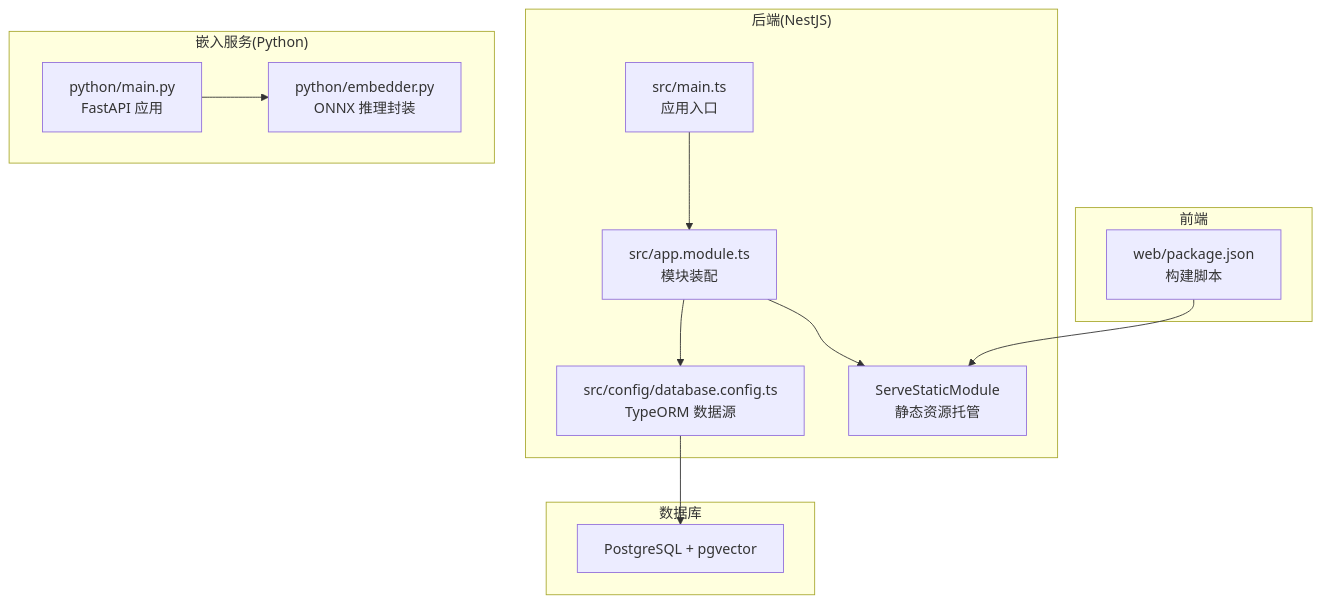
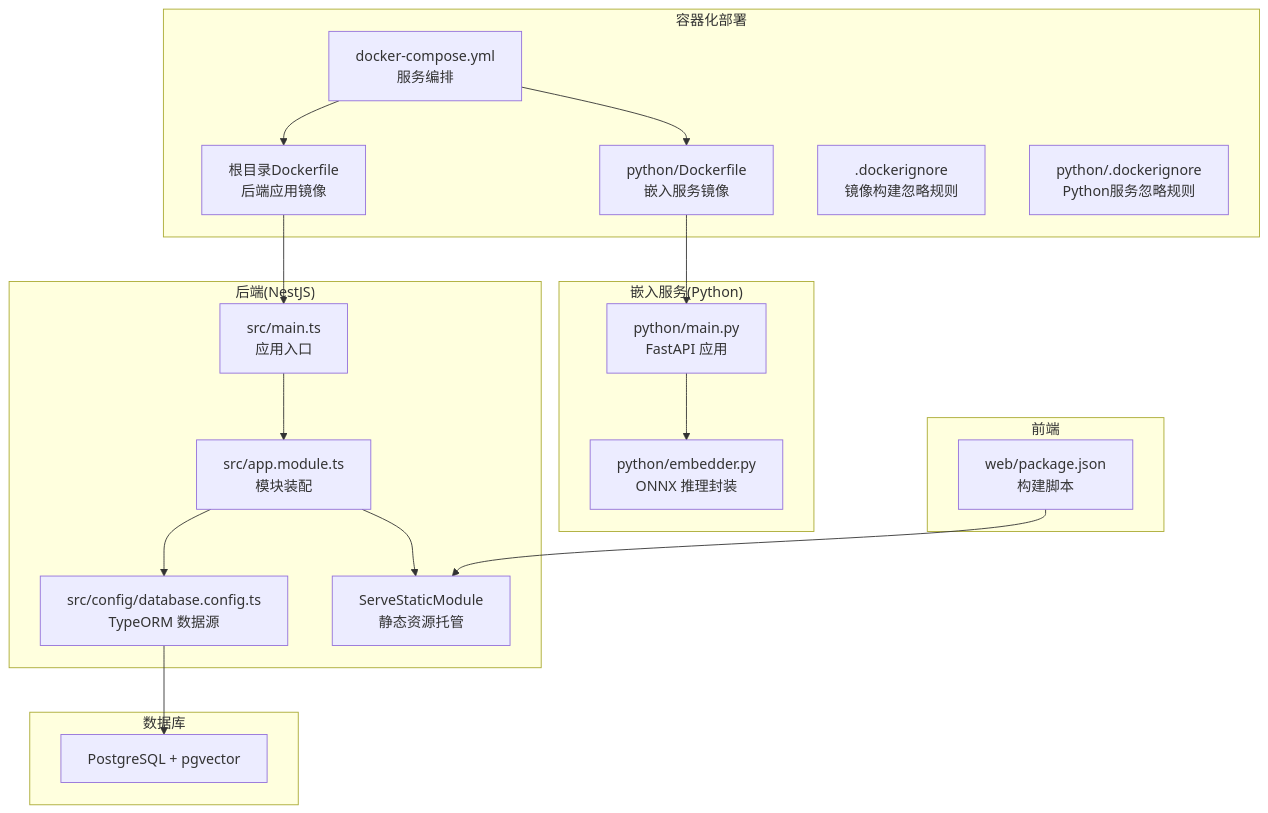
One commit to L1mingyoung/ex changed the first of 7 diagrams in .qoder/repowiki/zh/content/部署与运维/部署与运维.md. Above: the diagram before and after it, drawn with Mermaid. The commit also changed other lines of this file and 16 other files, not shown here.

````diff
--- a/.qoder/repowiki/zh/content/部署与运维/部署与运维.md
+++ b/.qoder/repowiki/zh/content/部署与运维/部署与运维.md
@@ -48,25 +56,36 @@
 ```mermaid
 graph TB
+subgraph "容器化部署"
+Dockerfile["根目录Dockerfile<br/>后端应用镜像"]
+PyDockerfile["python/Dockerfile<br/>嵌入服务镜像"]
+Compose["docker-compose.yml<br/>服务编排"]
+Dockerignore[".dockerignore<br/>镜像构建忽略规则"]
+PyDockerignore["python/.dockerignore<br/>Python服务忽略规则"]
+end
 subgraph "后端(NestJS)"
 BE_Main["src/main.ts<br/>应用入口"]
 BE_AppModule["src/app.module.ts<br/>模块装配"]
 BE_DB["src/config/database.config.ts<br/>TypeORM 数据源"]
 BE_Static["ServeStaticModule<br/>静态资源托管"]
 end
 subgraph "嵌入服务(Python)"
 ES_Main["python/main.py<br/>FastAPI 应用"]
 ES_Embedder["python/embedder.py<br/>ONNX 推理封装"]
 end
 subgraph "前端"
 FE_Pkg["web/package.json<br/>构建脚本"]
 end
 subgraph "数据库"
 PG["PostgreSQL + pgvector"]
 end
+Dockerfile --> BE_Main
+PyDockerfile --> ES_Main
+Compose --> Dockerfile
+Compose --> PyDockerfile
 BE_Main --> BE_AppModule
 BE_AppModule --> BE_DB
 BE_AppModule --> BE_Static
 BE_DB --> PG
 ES_Main --> ES_Embedder
 FE_Pkg --> BE_Static
 ```
````
